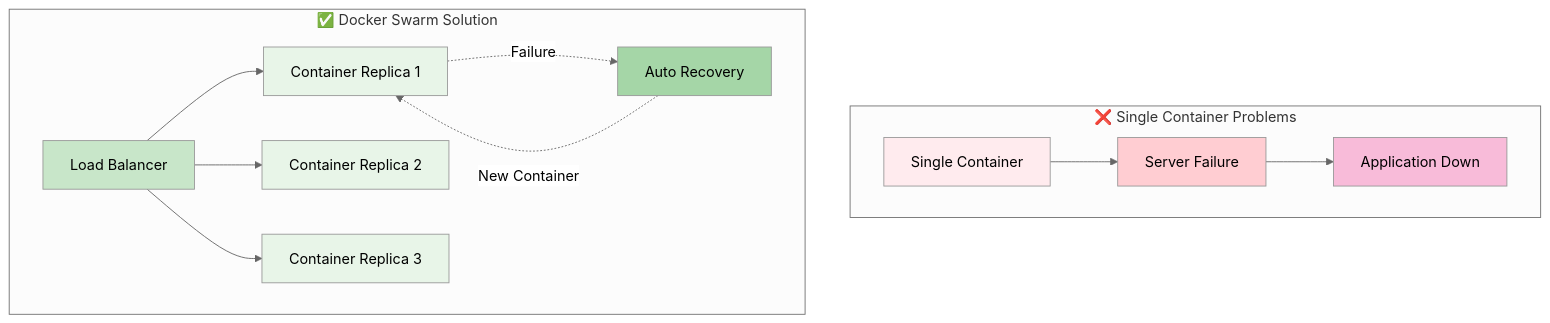
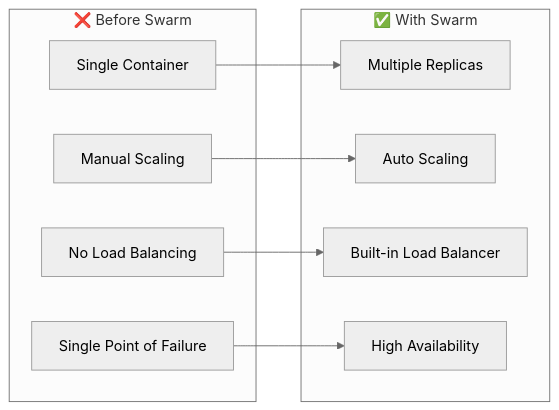
One commit to manikcloud/cloud-devops-learning-path changed the first of 3 diagrams in Section-2-DevOps/Session-6_Docker-Swarm/README.md. Above: the diagram before and after it, drawn with Mermaid (neutral theme). The commit also changed other lines of this file, not shown here.

First line of the commit message:
Fix Docker Swarm page flow and organization

````diff
--- a/Section-2-DevOps/Session-6_Docker-Swarm/README.md
+++ b/Section-2-DevOps/Session-6_Docker-Swarm/README.md
@@ -66,35 +58,21 @@
 ```mermaid
-graph TB
-    subgraph "❌ Single Container Problems"
-        S1[Single Container]
-        S2[Server Failure]
-        S3[Application Down]
-        
-        S1 --> S2
-        S2 --> S3
-        
-        style S1 fill:#ffebee
-        style S2 fill:#ffcdd2
-        style S3 fill:#f8bbd9
+graph LR
+    subgraph "❌ Before Swarm"
+        A1[Single Container]
+        A2[Manual Scaling]
+        A3[No Load Balancing]
+        A4[Single Point of Failure]
     end
     
-    subgraph "✅ Docker Swarm Solution"
-        D1[Container Replica 1]
-        D2[Container Replica 2]
-        D3[Container Replica 3]
-        D4[Load Balancer]
-        D5[Auto Recovery]
-        
-        D4 --> D1
-        D4 --> D2
-        D4 --> D3
-        D1 -.->|Failure| D5
-        D5 -.->|New Container| D1
-        
-        style D1 fill:#e8f5e8
-        style D2 fill:#e8f5e8
-        style D3 fill:#e8f5e8
-        style D4 fill:#c8e6c9
-        style D5 fill:#a5d6a7
+    subgraph "✅ With Swarm"
+        B1[Multiple Replicas]
+        B2[Auto Scaling]
+        B3[Built-in Load Balancer]
+        B4[High Availability]
     end
+    
+    A1 --> B1
+    A2 --> B2
+    A3 --> B3
+    A4 --> B4
 ```
````
